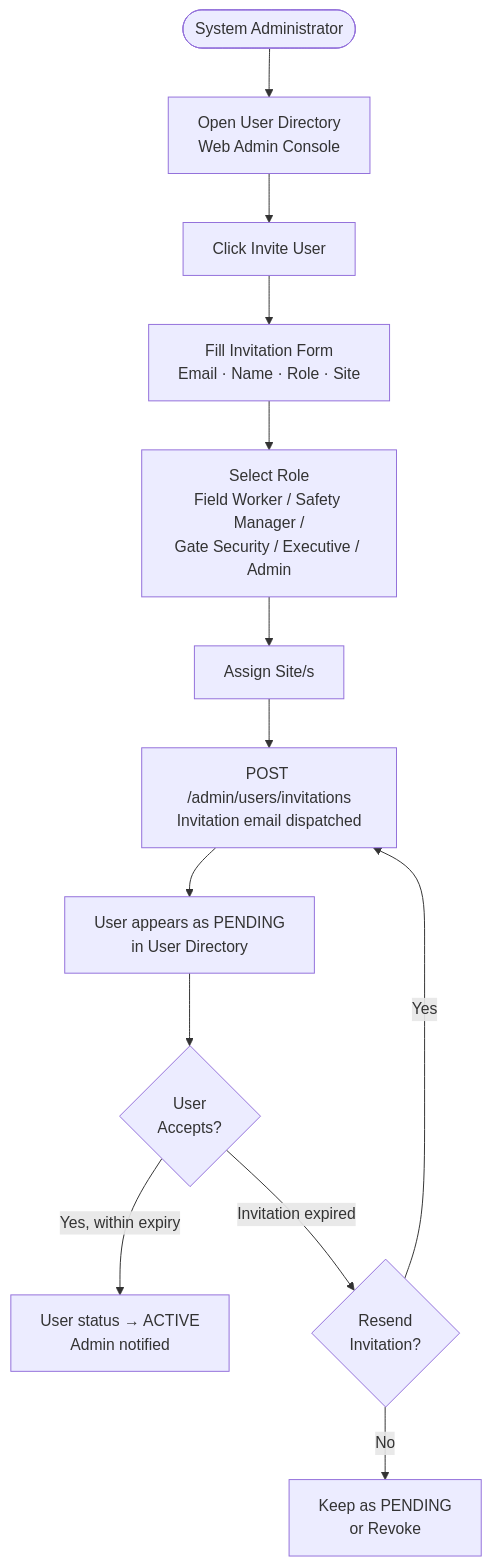
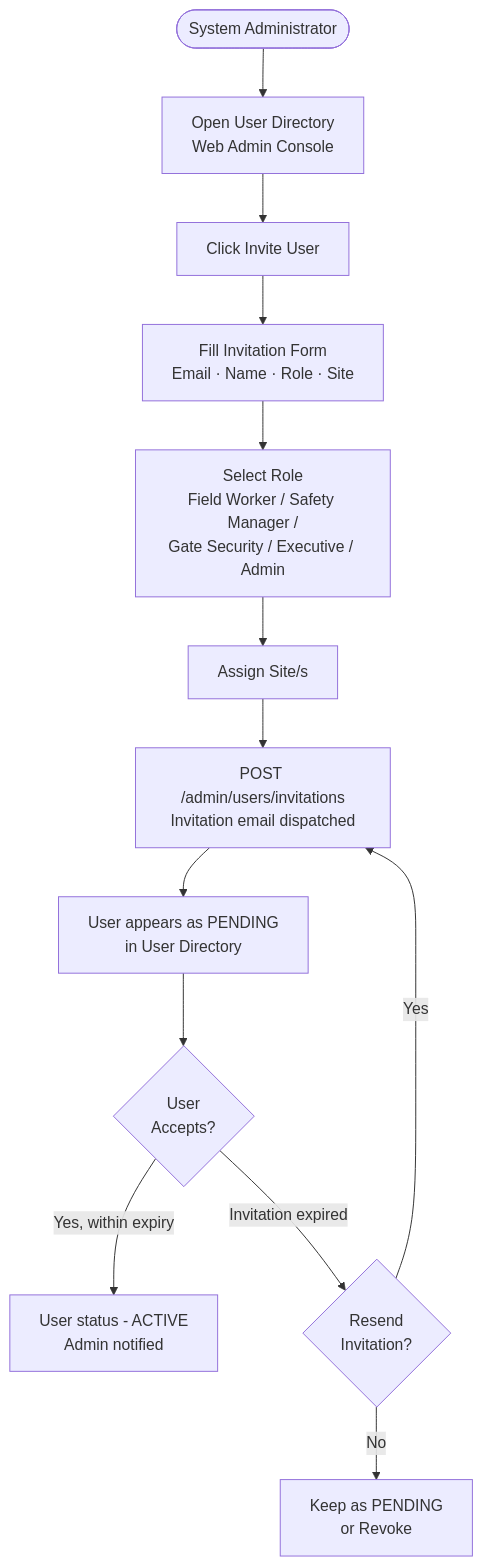
One commit to Nandan222001/health_smart_engage changed the first of 4 diagrams in docs/diagrams/flows/02_user_invitation_onboarding_flow.md. Above: the diagram before and after it, drawn with Mermaid. The commit also changed other lines of this file and 15 other files, not shown here.

First line of the commit message:
fix: repair Mermaid rendering errors across all diagram files

````diff
--- a/docs/diagrams/flows/02_user_invitation_onboarding_flow.md
+++ b/docs/diagrams/flows/02_user_invitation_onboarding_flow.md
@@ -8,15 +8,15 @@
 ```mermaid
 flowchart TD
     ADMIN([System Administrator]) --> USER_DIR[Open User Directory\nWeb Admin Console]
     USER_DIR --> INVITE_BTN[Click Invite User]
     INVITE_BTN --> INVITE_FORM[Fill Invitation Form\nEmail · Name · Role · Site]
     INVITE_FORM --> ROLE_SEL[Select Role\nField Worker / Safety Manager /\nGate Security / Executive / Admin]
     ROLE_SEL --> SITE_SEL[Assign Site/s]
     SITE_SEL --> SEND_INVITE[POST /admin/users/invitations\nInvitation email dispatched]
     SEND_INVITE --> PENDING[User appears as PENDING\nin User Directory]
     PENDING --> WATCH{User\nAccepts?}
-    WATCH -->|Yes, within expiry| ACTIVE_USER[User status → ACTIVE\nAdmin notified]
+    WATCH -->|Yes, within expiry| ACTIVE_USER[User status - ACTIVE\nAdmin notified]
     WATCH -->|Invitation expired| RESEND{Resend\nInvitation?}
     RESEND -->|Yes| SEND_INVITE
     RESEND -->|No| REVOKE[Keep as PENDING\nor Revoke]
 ```
````
